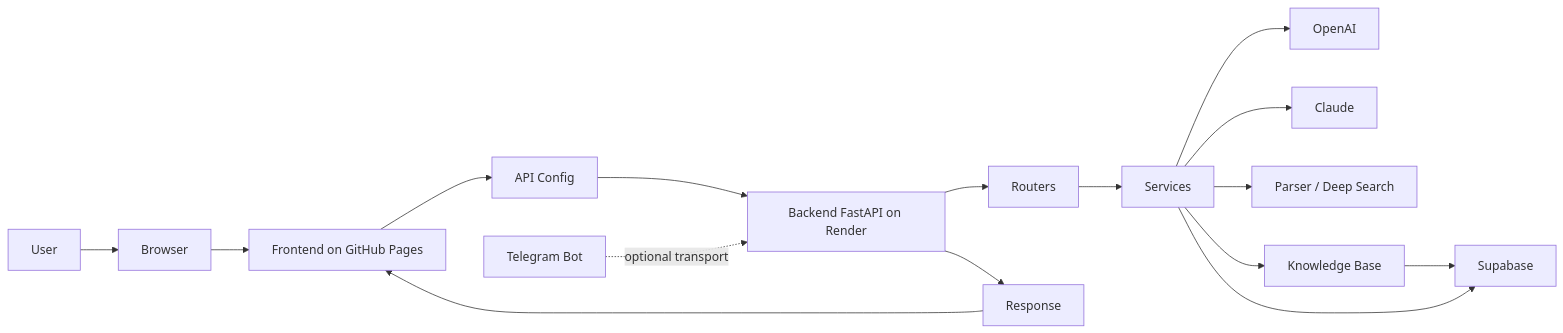
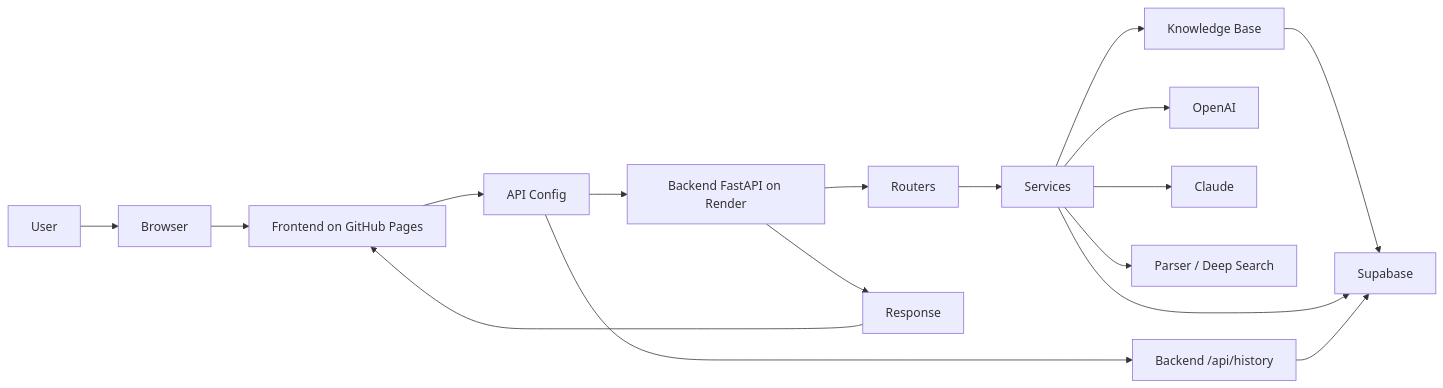
The diagram in PROJECT_OVERVIEW.md (savhilvi-code/cardiagnostic-ai), drawn with Mermaid before and after one commit. The commit also changed other lines of this file and 9 other files, not shown here.

Commit message:
Update frontend for backend-driven PULS chat and history

````diff
--- a/PROJECT_OVERVIEW.md
+++ b/PROJECT_OVERVIEW.md
@@ -33,18 +33,19 @@
 ```mermaid
 flowchart LR
     User[User] --> Browser[Browser]
     Browser --> Frontend[Frontend on GitHub Pages]
     Frontend --> APIConfig[API Config]
     APIConfig --> Backend[Backend FastAPI on Render]
+    APIConfig --> History[Backend /api/history]
     Backend --> Routers[Routers]
     Routers --> Services[Services]
     Services --> OpenAI[OpenAI]
     Services --> Claude[Claude]
     Services --> Parser[Parser / Deep Search]
     Services --> KB[Knowledge Base]
     KB --> Supabase[Supabase]
     Services --> Supabase
+    History --> Supabase
     Backend --> Response[Response]
     Response --> Frontend
-    Telegram[Telegram Bot] -. optional transport .-> Backend
 ```
````
